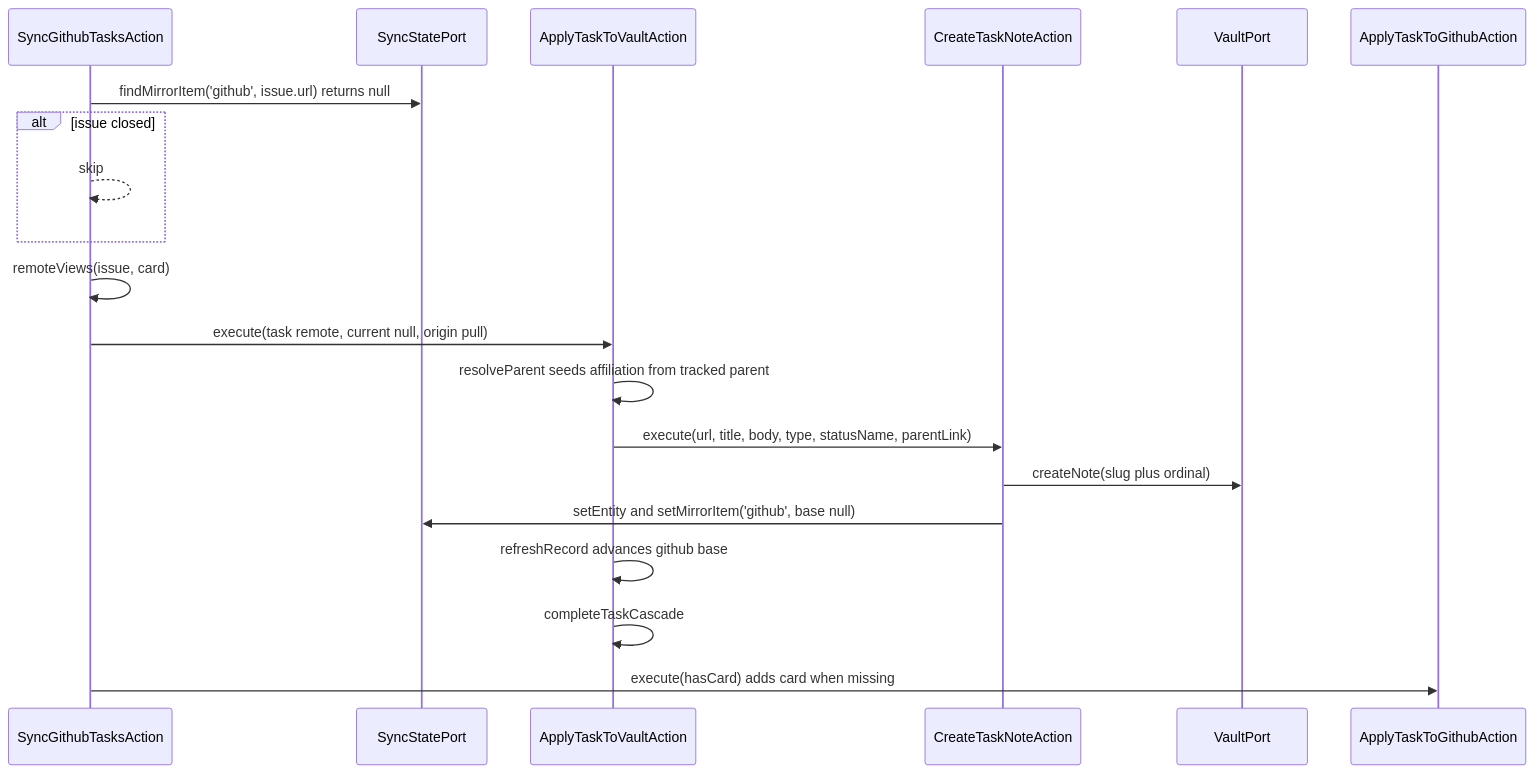
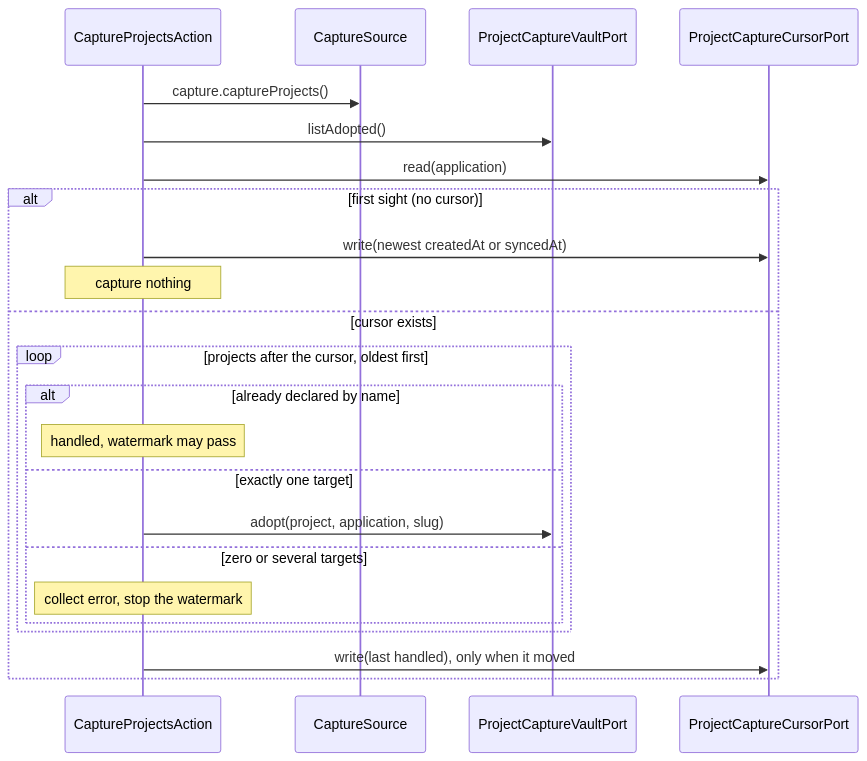
Before and after one commit to 99linesofcode/obsidian-project-management: the eighth of 18 diagrams in docs/developer-manual.md, drawn with Mermaid. The commit also changed other lines of this file and 1 other file, not shown here.

First line of the commit message:
docs: rewrite the manual and architecture for the multi-adapter core

````diff
--- a/docs/developer-manual.md
+++ b/docs/developer-manual.md
@@ -502,23 +463,26 @@
 ```mermaid
 sequenceDiagram
-  participant GH as SyncGithubTasksAction
-  participant SS as SyncStatePort
-  participant WV as ApplyTaskToVaultAction
-  participant C as CreateTaskNoteAction
-  participant V as VaultPort
-  participant WGH as ApplyTaskToGithubAction
+  participant C as CaptureProjectsAction
+  participant S as CaptureSource
+  participant V as ProjectCaptureVaultPort
+  participant Cur as ProjectCaptureCursorPort
 
-  GH->>SS: findMirrorItem('github', issue.url) returns null
-  alt issue closed
-    GH-->>GH: skip
+  C->>S: capture.captureProjects()
+  C->>V: listAdopted()
+  C->>Cur: read(application)
+  alt first sight (no cursor)
+    C->>Cur: write(newest createdAt or syncedAt)
+    Note over C: capture nothing
+  else cursor exists
+    loop projects after the cursor, oldest first
+      alt already declared by name
+        Note over C: handled, watermark may pass
+      else exactly one target
+        C->>V: adopt(project, application, slug)
+      else zero or several targets
+        Note over C: collect error, stop the watermark
+      end
+    end
+    C->>Cur: write(last handled), only when it moved
   end
-  GH->>GH: remoteViews(issue, card)
-  GH->>WV: execute(task remote, current null, origin pull)
-  WV->>WV: resolveParent seeds affiliation from tracked parent
-  WV->>C: execute(url, title, body, type, statusName, parentLink)
-  C->>V: createNote(slug plus ordinal)
-  C->>SS: setEntity and setMirrorItem('github', base null)
-  WV->>WV: refreshRecord advances github base
-  WV->>WV: completeTaskCascade
-  GH->>WGH: execute(hasCard) adds card when missing
 ```
````
